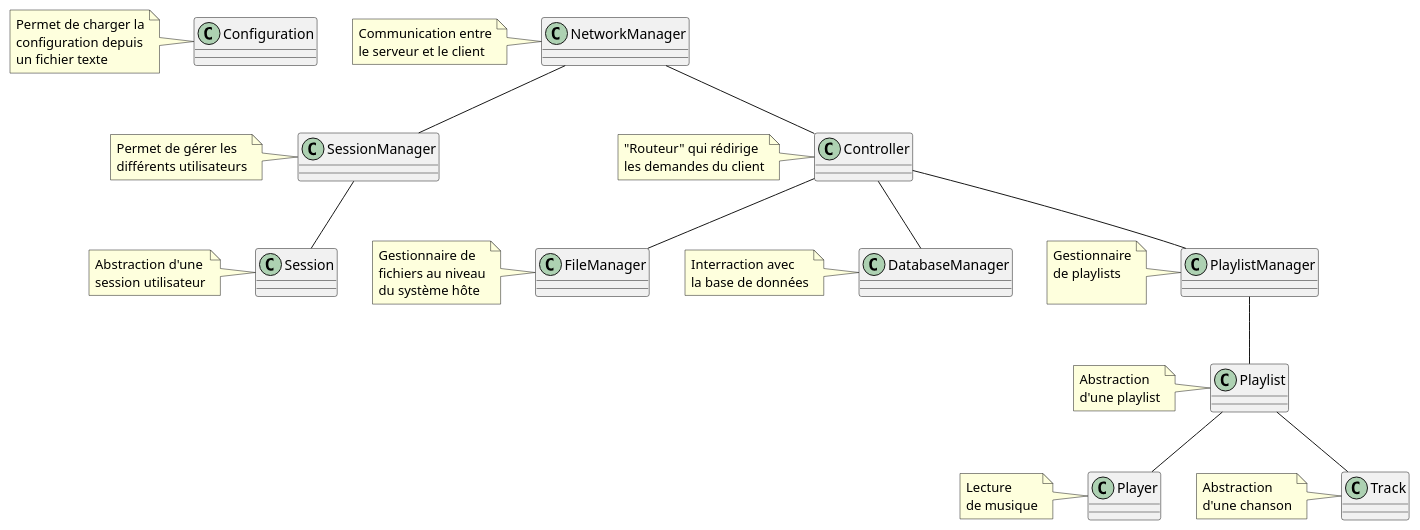
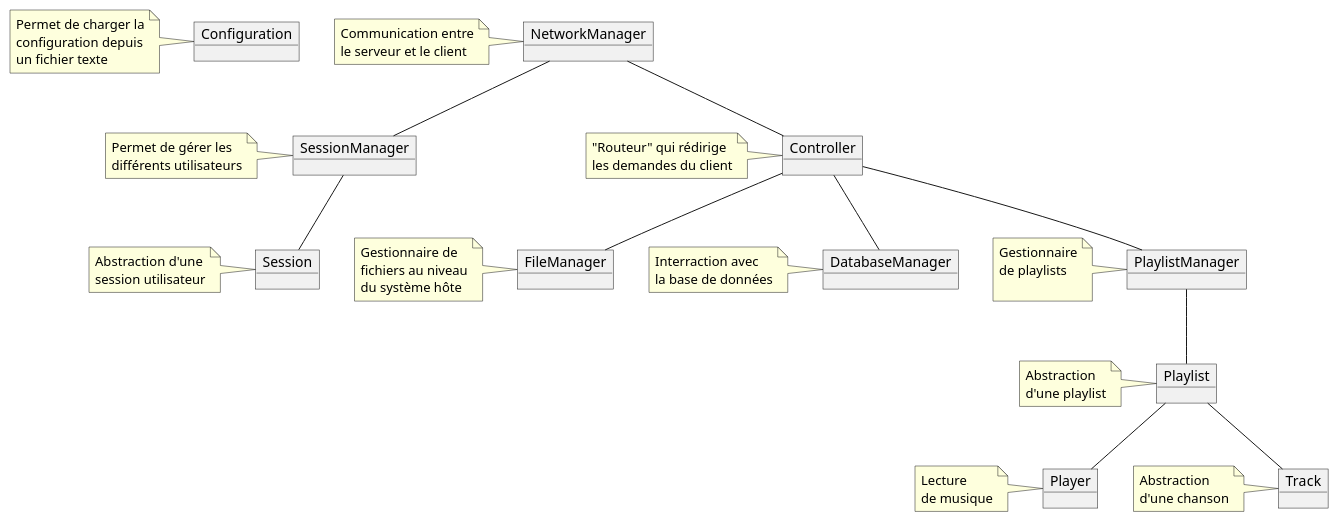
One commit to heig-vd-pro2017/projet changed the diagram in doc/commusica/UML.puml. Above: the diagram before and after it, drawn with PlantUML.

Commit message:
Not an UML anymore

```diff
--- a/doc/commusica/UML.puml
+++ b/doc/commusica/UML.puml
@@ -1,100 +1,100 @@
 @startuml
 
-skinparam classAttributeIconSize 0
+skinparam objectAttributeIconSize 0
 
-class Configuration
+object Configuration
 
-class NetworkManager
+object NetworkManager
 
-class SessionManager
+object SessionManager
 
-class Session
+object Session
 
-class Controller
+object Controller
 
-class FileManager
+object FileManager
 
-class DatabaseManager
+object DatabaseManager
 
-class PlaylistManager
+object PlaylistManager
 
-class Playlist
+object Playlist
 
-class Player
+object Player
 
-class Track
+object Track
 
 NetworkManager -- Controller
 
 NetworkManager -- SessionManager
 
 SessionManager -- Session
 
 Controller -- FileManager
 Controller -- DatabaseManager
 Controller -- PlaylistManager
 
 PlaylistManager -- Playlist
 
 Playlist -- Player
 Playlist -- Track
 
 note left of Configuration
     Permet de charger la
     configuration depuis
     un fichier texte
 endnote
 
 note left of NetworkManager
     Communication entre
     le serveur et le client
 endnote
 
 note left of SessionManager
     Permet de gérer les
     différents utilisateurs
 endnote
 
 note left of Session
     Abstraction d'une
     session utilisateur
 endnote
 
 note left of Controller
     "Routeur" qui rédirige
     les demandes du client
 endnote
 
 note left of FileManager
     Gestionnaire de
     fichiers au niveau
     du système hôte
 endnote
 
 note left of DatabaseManager
     Interraction avec
     la base de données
 endnote
 
 note left of PlaylistManager
     Gestionnaire
     de playlists
 
 endnote
 
 note left of Playlist
     Abstraction
     d'une playlist
 endnote
 
 note left of Player
     Lecture
     de musique
 endnote
 
 note left of Track
     Abstraction
     d'une chanson
 endnote
 
 @enduml
```
